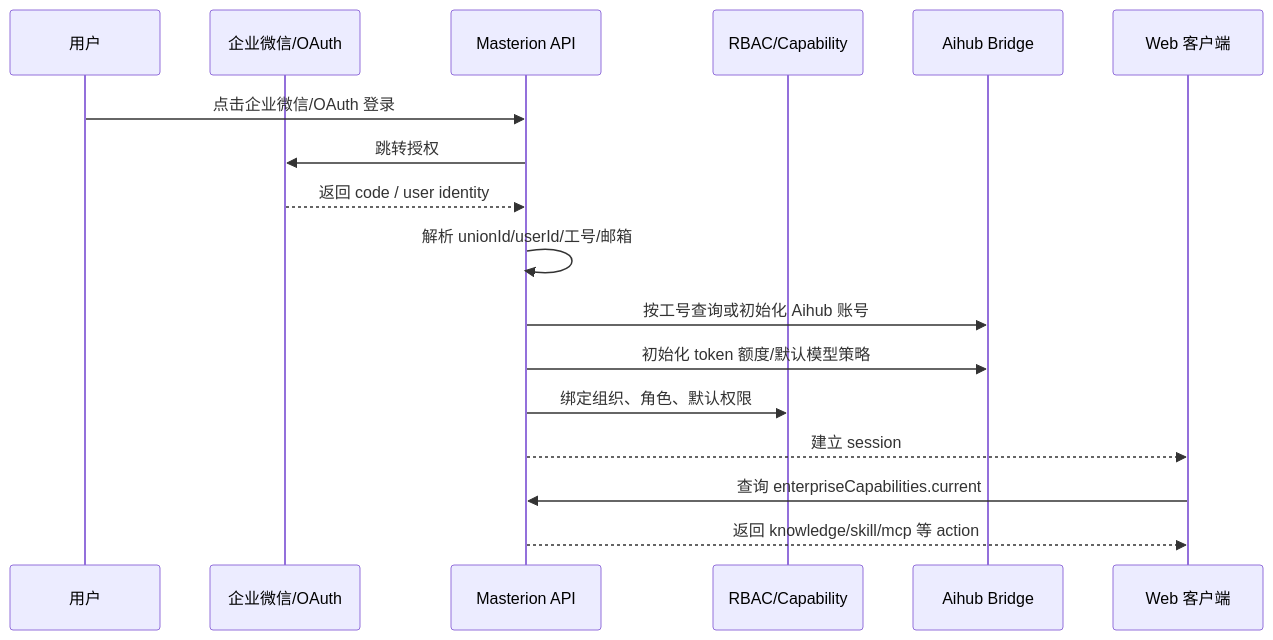
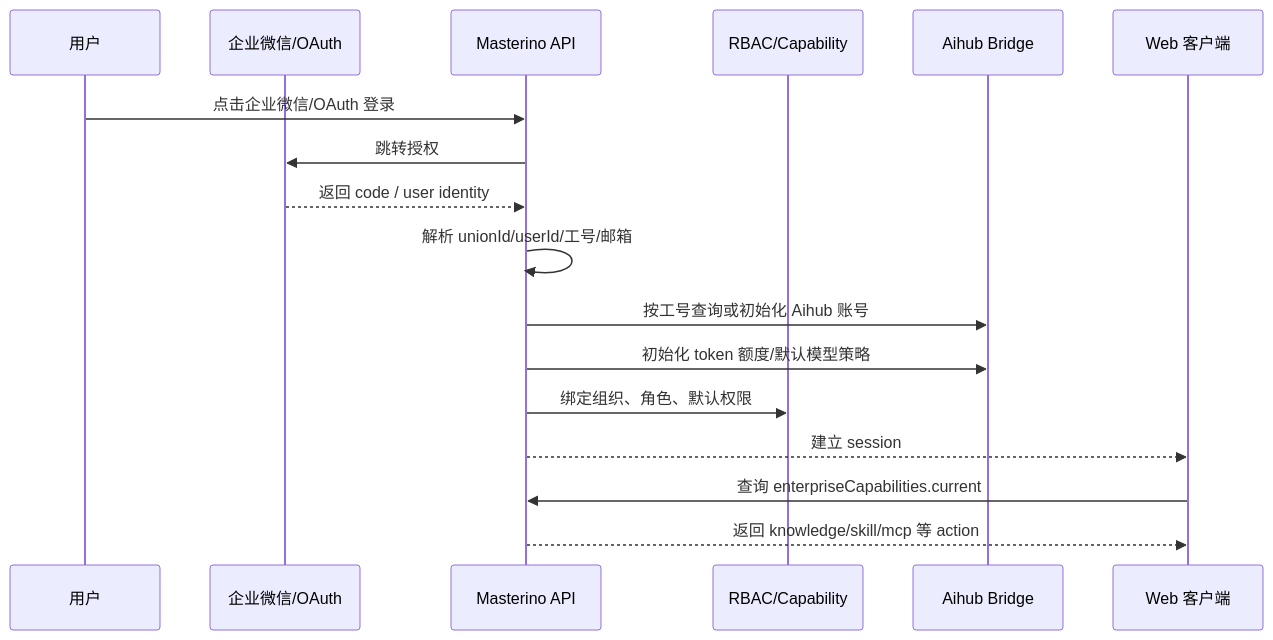
One commit to chaaak6/Masterino changed the second of 2 diagrams in docs/handoff/masterlion-enterprise-architecture-plan-20260620.md. Above: the diagram before and after it, drawn with Mermaid. The commit also changed other lines of this file and 1067 other files, not shown here.

````diff
--- a/docs/handoff/masterlion-enterprise-architecture-plan-20260620.md
+++ b/docs/handoff/masterlion-enterprise-architecture-plan-20260620.md
@@ -66,20 +66,20 @@
 ```mermaid
 sequenceDiagram
   participant U as 用户
   participant SSO as 企业微信/OAuth
-  participant API as Masterion API
+  participant API as Masterino API
   participant RBAC as RBAC/Capability
   participant A as Aihub Bridge
   participant Web as Web 客户端
 
   U->>API: 点击企业微信/OAuth 登录
   API->>SSO: 跳转授权
   SSO-->>API: 返回 code / user identity
   API->>API: 解析 unionId/userId/工号/邮箱
   API->>A: 按工号查询或初始化 Aihub 账号
   API->>A: 初始化 token 额度/默认模型策略
   API->>RBAC: 绑定组织、角色、默认权限
   API-->>Web: 建立 session
   Web->>API: 查询 enterpriseCapabilities.current
   API-->>Web: 返回 knowledge/skill/mcp 等 action
 ```
````
